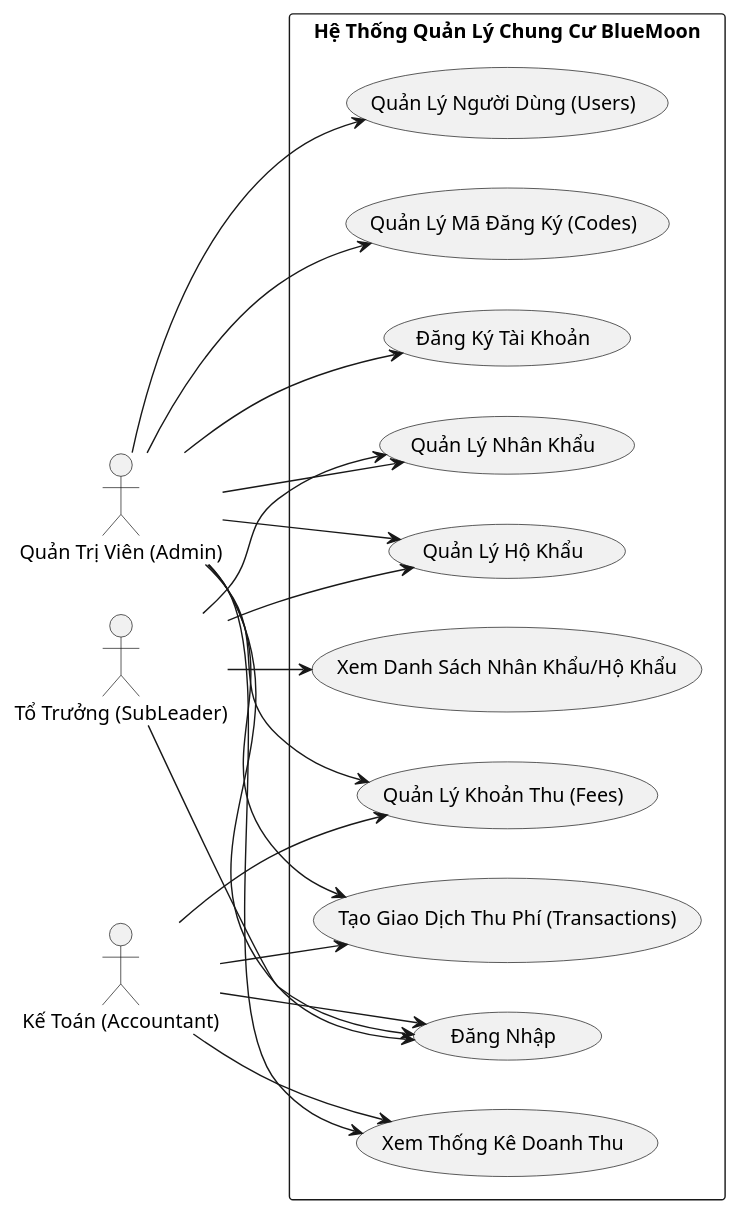
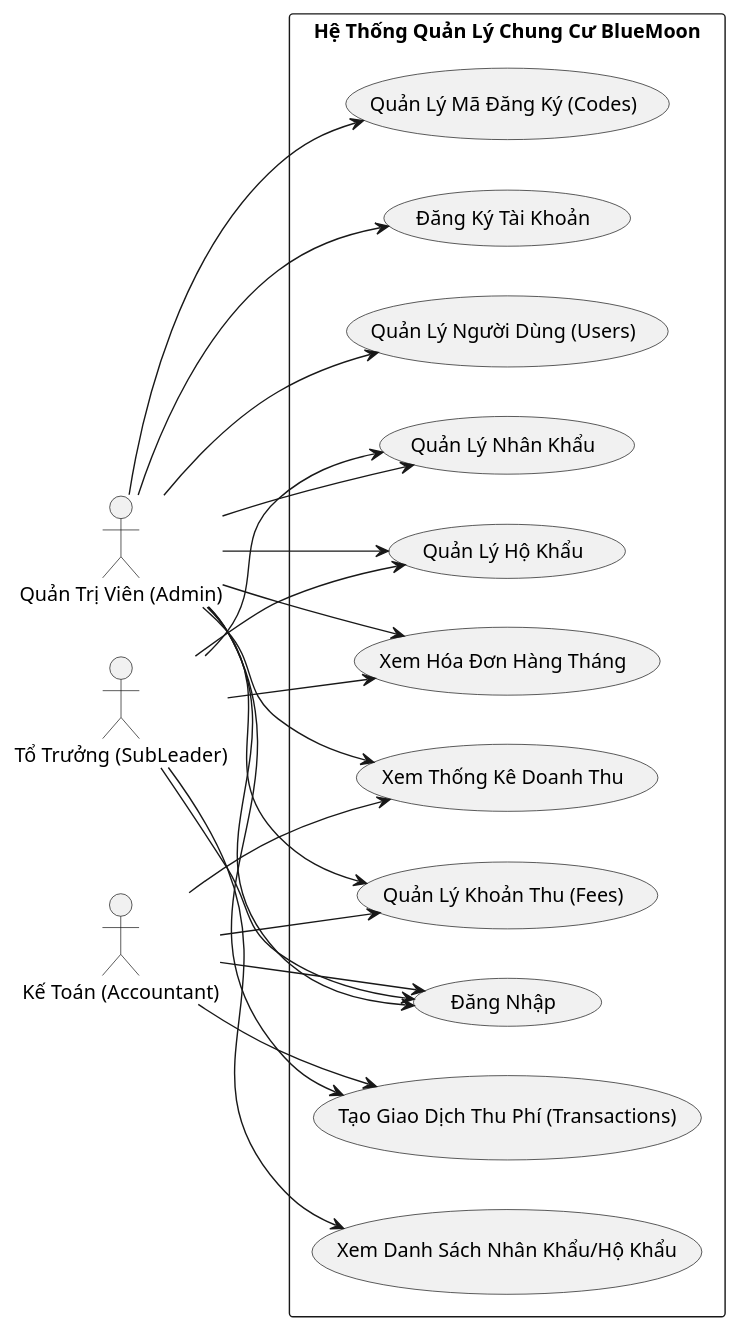
The diagram in docs/diagrams/usecase.puml (nqd2/bluemoon-admin-fe), drawn with PlantUML before and after one commit. The commit also changed 21 other files, not shown here.

```diff
--- a/docs/diagrams/usecase.puml
+++ b/docs/diagrams/usecase.puml
@@ -1,48 +1,52 @@
 @startuml Use_Case_Diagram
 left to right direction
 actor "Quản Trị Viên (Admin)" as Admin
 actor "Tổ Trưởng (SubLeader)" as Leader
 actor "Kế Toán (Accountant)" as Accountant
 
 rectangle "Hệ Thống Quản Lý Chung Cư BlueMoon" {
   
   ' Authentication & Users
   usecase "Đăng Nhập" as UC_Login
   usecase "Đăng Ký Tài Khoản" as UC_Register
   usecase "Quản Lý Người Dùng (Users)" as UC_Manage_Users
   usecase "Quản Lý Mã Đăng Ký (Codes)" as UC_Manage_Codes
 
   ' Residents & Apartments
   usecase "Quản Lý Nhân Khẩu" as UC_Manage_Residents
   usecase "Quản Lý Hộ Khẩu" as UC_Manage_Apartments
   usecase "Xem Danh Sách Nhân Khẩu/Hộ Khẩu" as UC_View_Residents_Apartments
+  usecase "Xem Hóa Đơn Hàng Tháng" as UC_View_Bills
 
   ' Fees & Transactions
   usecase "Quản Lý Khoản Thu (Fees)" as UC_Manage_Fees
   usecase "Tạo Giao Dịch Thu Phí (Transactions)" as UC_Create_Transactions
   usecase "Xem Thống Kê Doanh Thu" as UC_View_Stats
 
 }
 
 ' Relationships
 Admin --> UC_Login
 Admin --> UC_Register
 Admin --> UC_Manage_Users
 Admin --> UC_Manage_Codes
 Admin --> UC_Manage_Residents
 Admin --> UC_Manage_Apartments
 Admin --> UC_Manage_Fees
 Admin --> UC_Create_Transactions
 Admin --> UC_View_Stats
 
+Admin --> UC_View_Bills
+
 Leader --> UC_Login
 Leader --> UC_Manage_Residents
 Leader --> UC_Manage_Apartments
 Leader --> UC_View_Residents_Apartments
+Leader --> UC_View_Bills
 
 Accountant --> UC_Login
 Accountant --> UC_Manage_Fees
 Accountant --> UC_Create_Transactions
 Accountant --> UC_View_Stats
 
 @enduml
```
